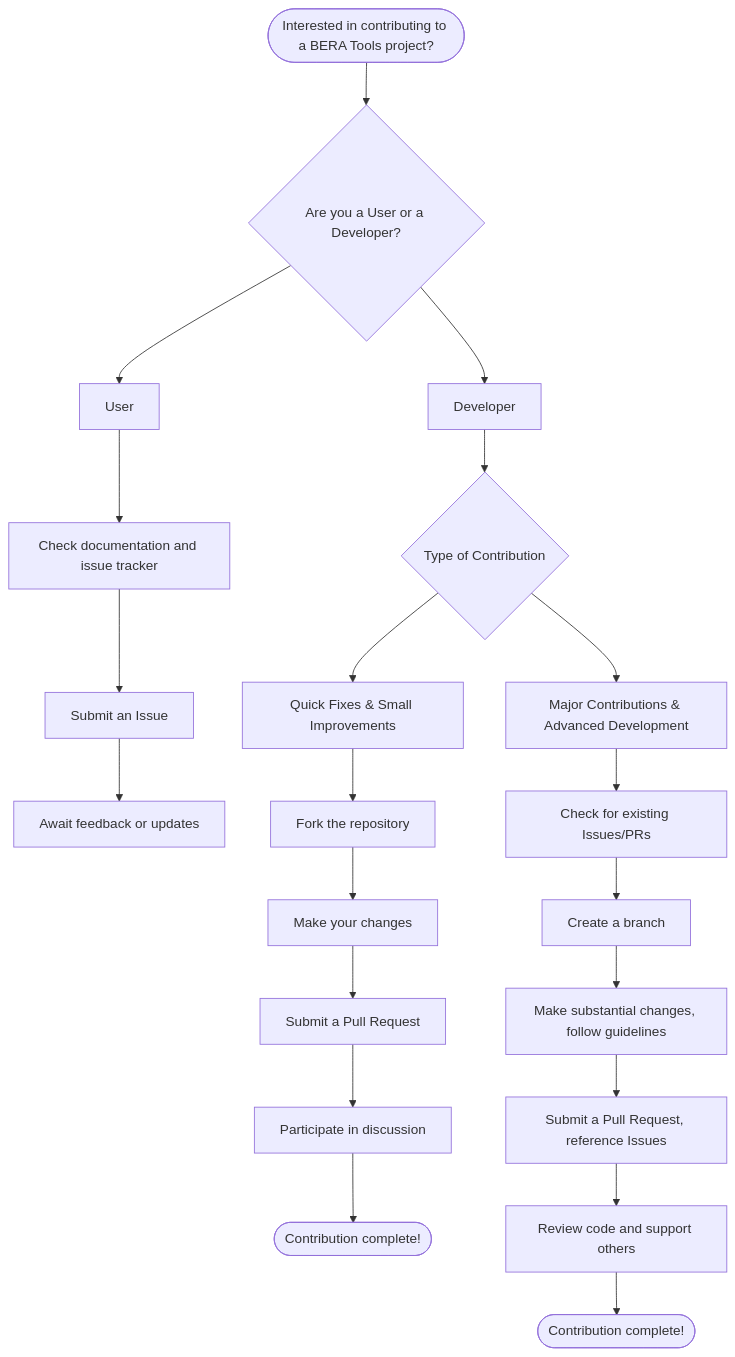
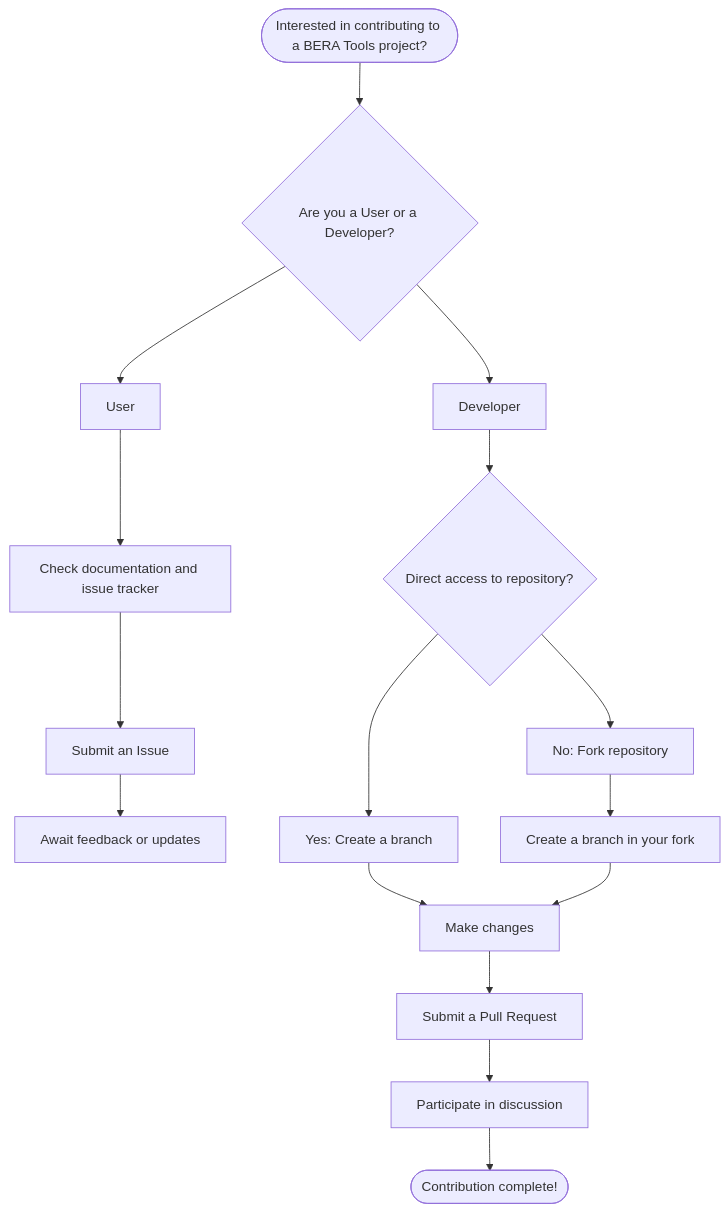
The diagram in docs/files/developer/contributing.md (appliedgrg/beratools), drawn with Mermaid before and after one commit. The commit also changed other lines of this file and 10 other files, not shown here.

````diff
--- a/docs/files/developer/contributing.md
+++ b/docs/files/developer/contributing.md
@@ -7,29 +7,24 @@
 ```mermaid
 flowchart TD
     A([Interested in contributing to a BERA Tools project?])
     B{Are you a User or a Developer?}
     A --> B
     B --> C1[User]
     B --> C2[Developer]
 
     C1 --> D1[Check documentation and issue tracker]
     D1 --> E1[Submit an Issue]
     E1 --> F1[Await feedback or updates]
 
-    C2 --> G{Type of Contribution}
-    G --> H1[Quick Fixes & Small Improvements]
-    G --> H2[Major Contributions & Advanced Development]
+    C2 --> G{Direct access to repository?}
+    G --> H1[Yes: Create a branch]
+    G --> H2[No: Fork repository]
+    H2 --> I2[Create a branch in your fork]
+    H1 --> J2[Make changes]
+    I2 --> J2
+    J2 --> K2[Submit a Pull Request]
+    K2 --> L2[Participate in discussion]
+    L2 --> M2([Contribution complete!])
 
-    H1 --> I1[Fork the repository]
-    I1 --> J1[Make your changes]
-    J1 --> K1[Submit a Pull Request]
-    K1 --> L1[Participate in discussion]
-    L1 --> M1([Contribution complete!])
-
-    H2 --> I2[Check for existing Issues/PRs]
-    I2 --> J2[Create a branch]
-    J2 --> K2[Make substantial changes, follow guidelines]
-    K2 --> L2[Submit a Pull Request, reference Issues]
-    L2 --> M2[Review code and support others]
-    M2 --> N2([Contribution complete!])
+    click E1 "https://github.com/appliedgrg/beratools/issues" "Submit an Issue"
 ```
````
